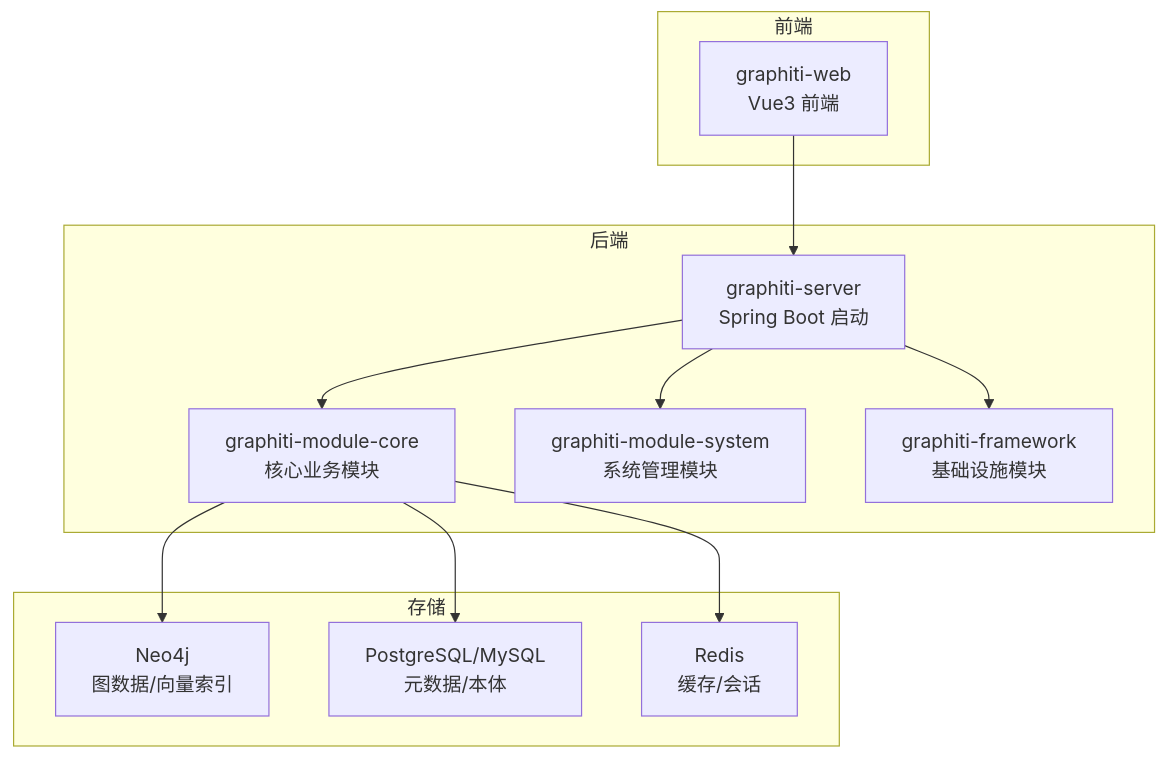
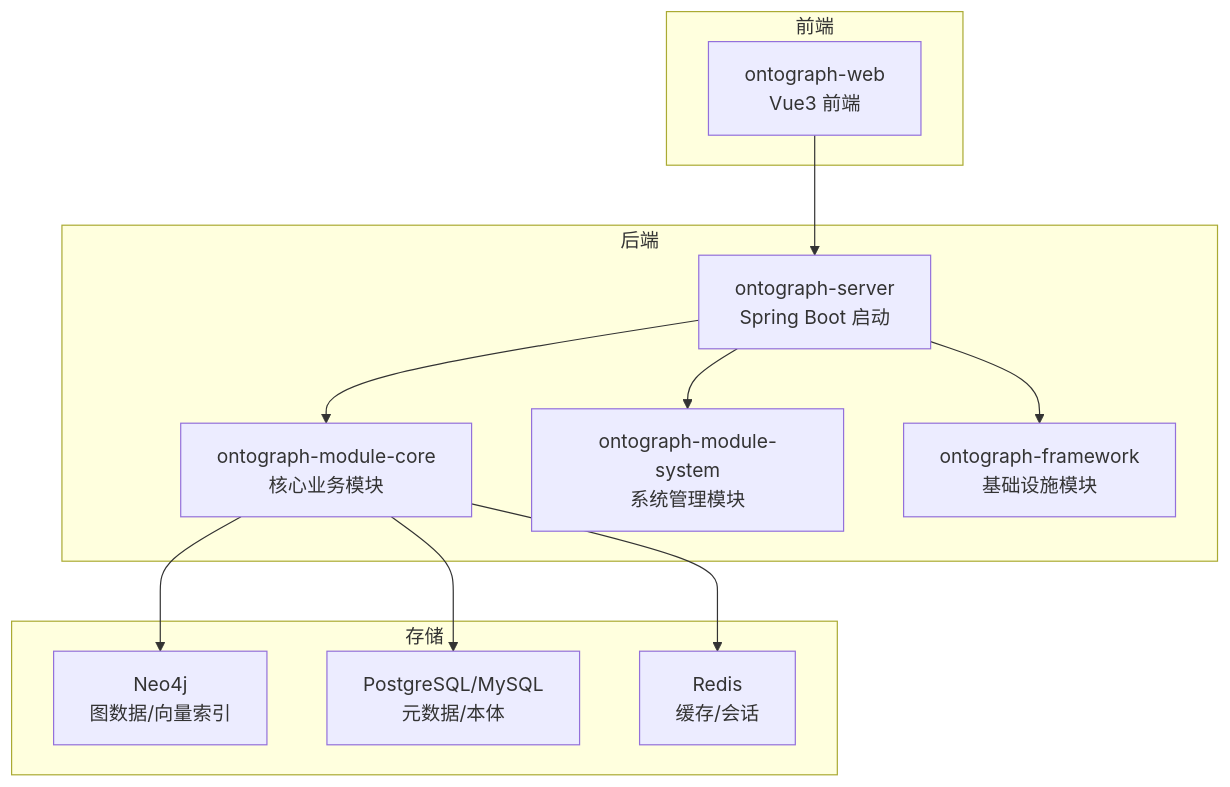
One commit to joezxh/graphiti-java changed the first of 8 diagrams in docs/manual/项目概述/核心特性.md. Above: the diagram before and after it, drawn with Mermaid. The commit also changed other lines of this file and 200 other files, not shown here.

````diff
--- a/docs/manual/项目概述/核心特性.md
+++ b/docs/manual/项目概述/核心特性.md
@@ -42,24 +42,24 @@
 ```mermaid
 graph TB
 subgraph "后端"
-S["graphiti-server<br/>Spring Boot 启动"]
-C["graphiti-module-core<br/>核心业务模块"]
-SYS["graphiti-module-system<br/>系统管理模块"]
-F["graphiti-framework<br/>基础设施模块"]
+S["ontograph-server<br/>Spring Boot 启动"]
+C["ontograph-module-core<br/>核心业务模块"]
+SYS["ontograph-module-system<br/>系统管理模块"]
+F["ontograph-framework<br/>基础设施模块"]
 end
 subgraph "存储"
 N4J["Neo4j<br/>图数据/向量索引"]
 PG["PostgreSQL/MySQL<br/>元数据/本体"]
 RDS["Redis<br/>缓存/会话"]
 end
 subgraph "前端"
-WEB["graphiti-web<br/>Vue3 前端"]
+WEB["ontograph-web<br/>Vue3 前端"]
 end
 WEB --> S
 S --> C
 S --> SYS
 S --> F
 C --> N4J
 C --> PG
 C --> RDS
 ```
````
